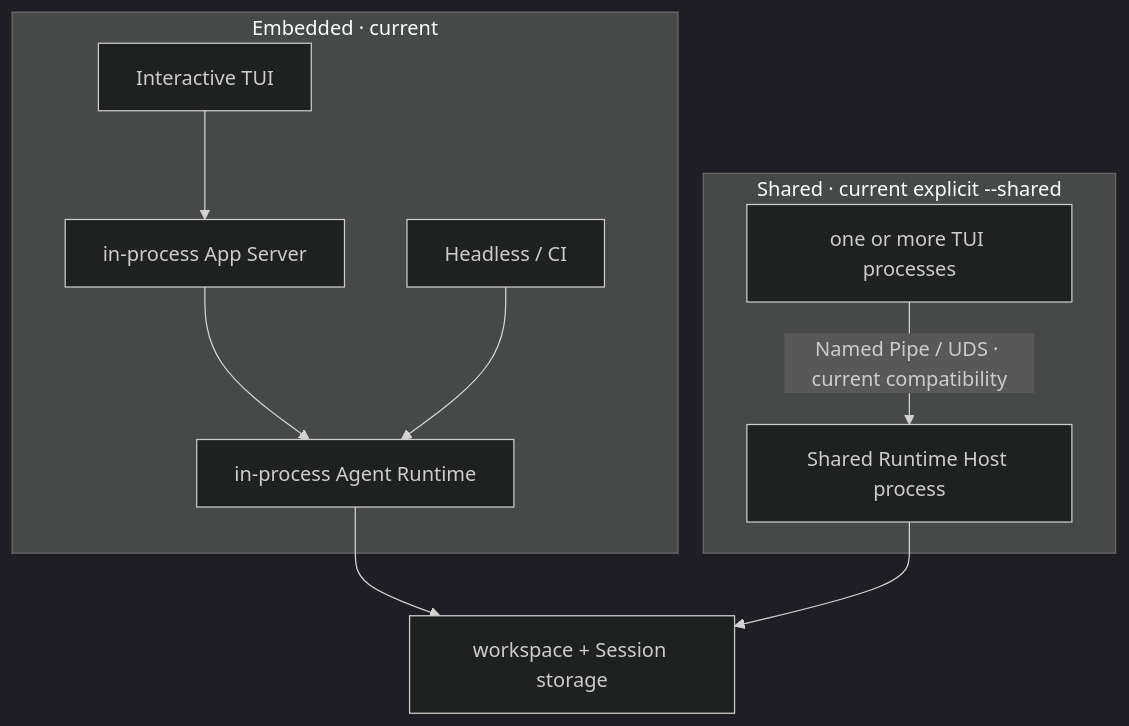
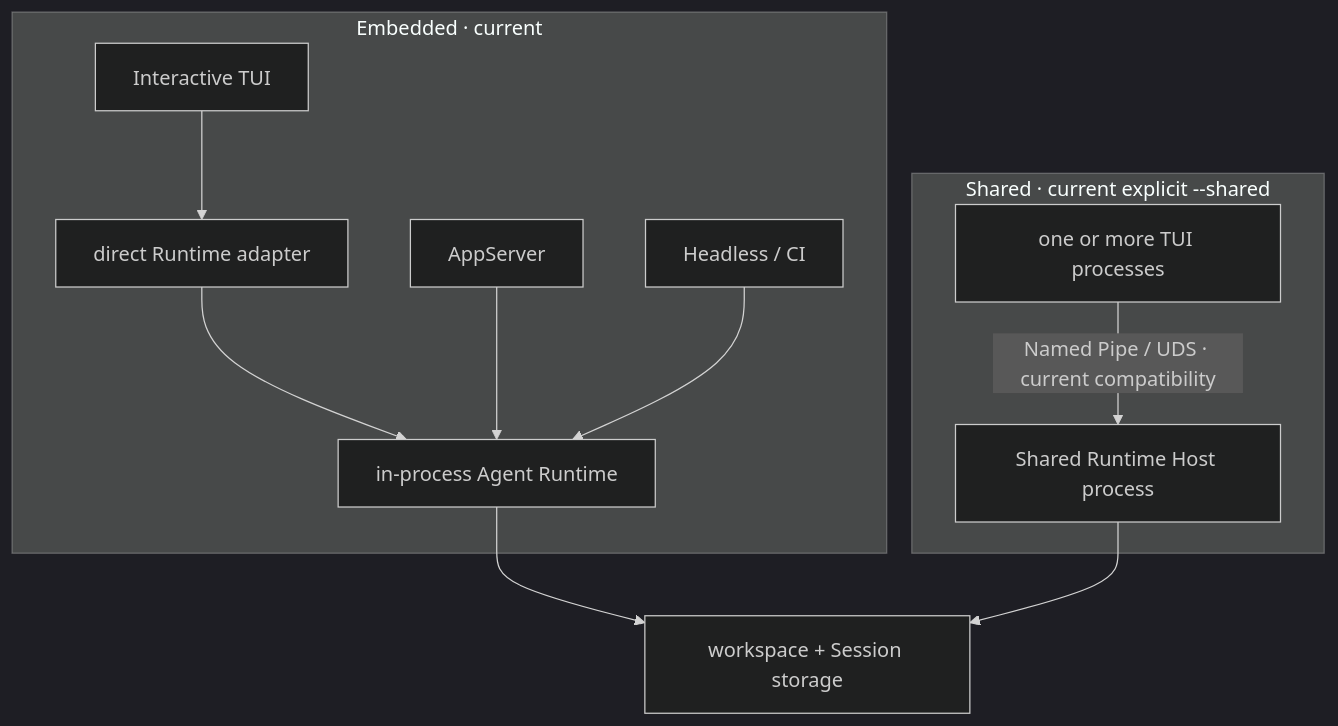
Before and after one commit to 1688mengdie/BitFun: diagram 14 of 17 in docs/architecture/agent-runtime-deployment-design.md, drawn with Mermaid (dark theme). The commit also changed other lines of this file and 71 other files, not shown here.

Commit message:
refactor(cli): decouple TUI runtime from app server

````diff
--- a/docs/architecture/agent-runtime-deployment-design.md
+++ b/docs/architecture/agent-runtime-deployment-design.md
@@ -415,13 +415,14 @@
 ```mermaid
 flowchart TB
   subgraph Embedded["Embedded · current"]
-    TUI["Interactive TUI"] --> AppServer["in-process App Server"]
+    TUI["Interactive TUI"] --> Direct["direct Runtime adapter"]
+    Direct --> Runtime
     AppServer --> Runtime["in-process Agent Runtime"]
     Headless["Headless / CI"] --> Runtime
   end
   subgraph Shared["Shared · current explicit --shared"]
     Clients["one or more TUI processes"] -->|"Named Pipe / UDS · current compatibility"| SharedRuntime["Shared Runtime Host process"]
   end
   Runtime --> Data["workspace + Session storage"]
   SharedRuntime --> Data
 ```
````
